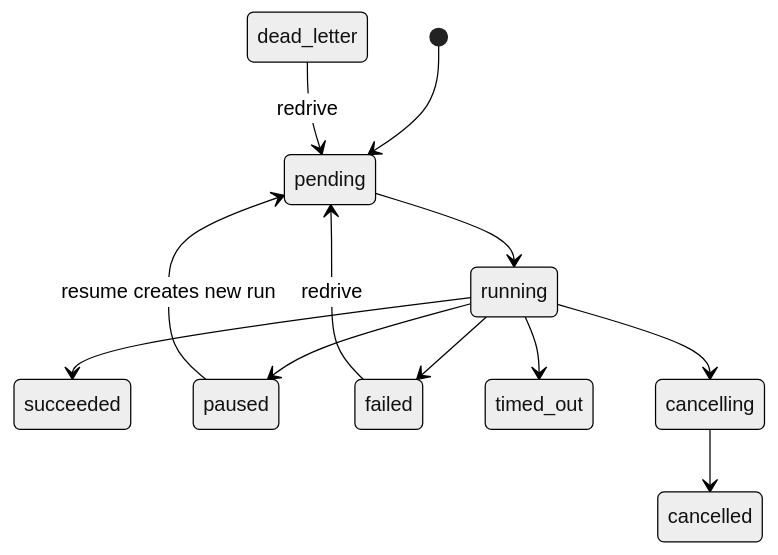
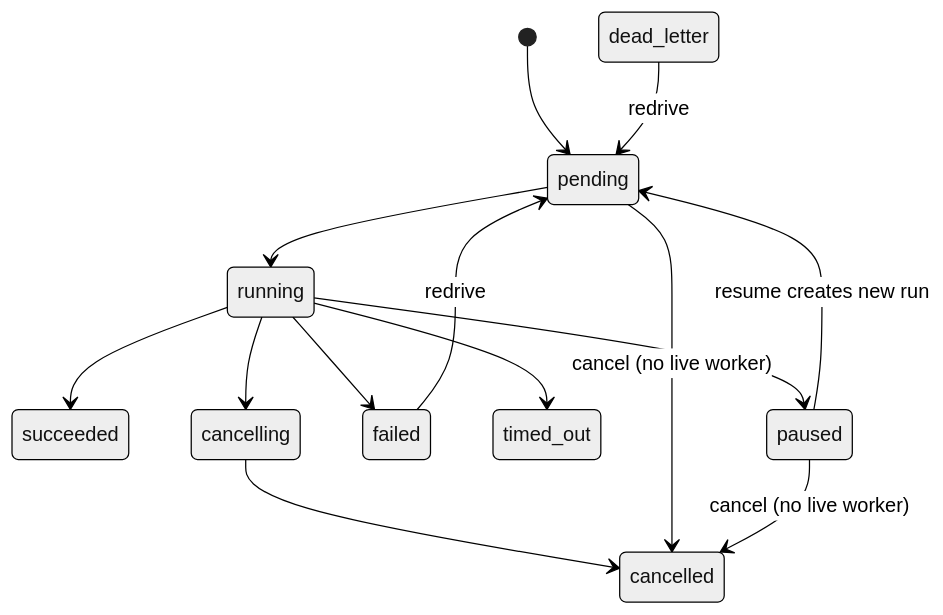
Before and after one commit to LingXi-Org/LingxiGraph: the diagram in Wiki/content/docs/en/api/overview.mdx, drawn with Mermaid (neutral theme). The commit also changed 49 other files, not shown here.

````diff
--- a/Wiki/content/docs/en/api/overview.mdx
+++ b/Wiki/content/docs/en/api/overview.mdx
@@ -52,14 +52,16 @@
 ```mermaid
 stateDiagram-v2
   [*] --> pending
   pending --> running
   running --> succeeded
   running --> paused
   running --> failed
   running --> timed_out
   running --> cancelling
   cancelling --> cancelled
+  pending --> cancelled: cancel (no live worker)
+  paused --> cancelled: cancel (no live worker)
   failed --> pending: redrive
   dead_letter --> pending: redrive
   paused --> pending: resume creates new run
 ```
````
